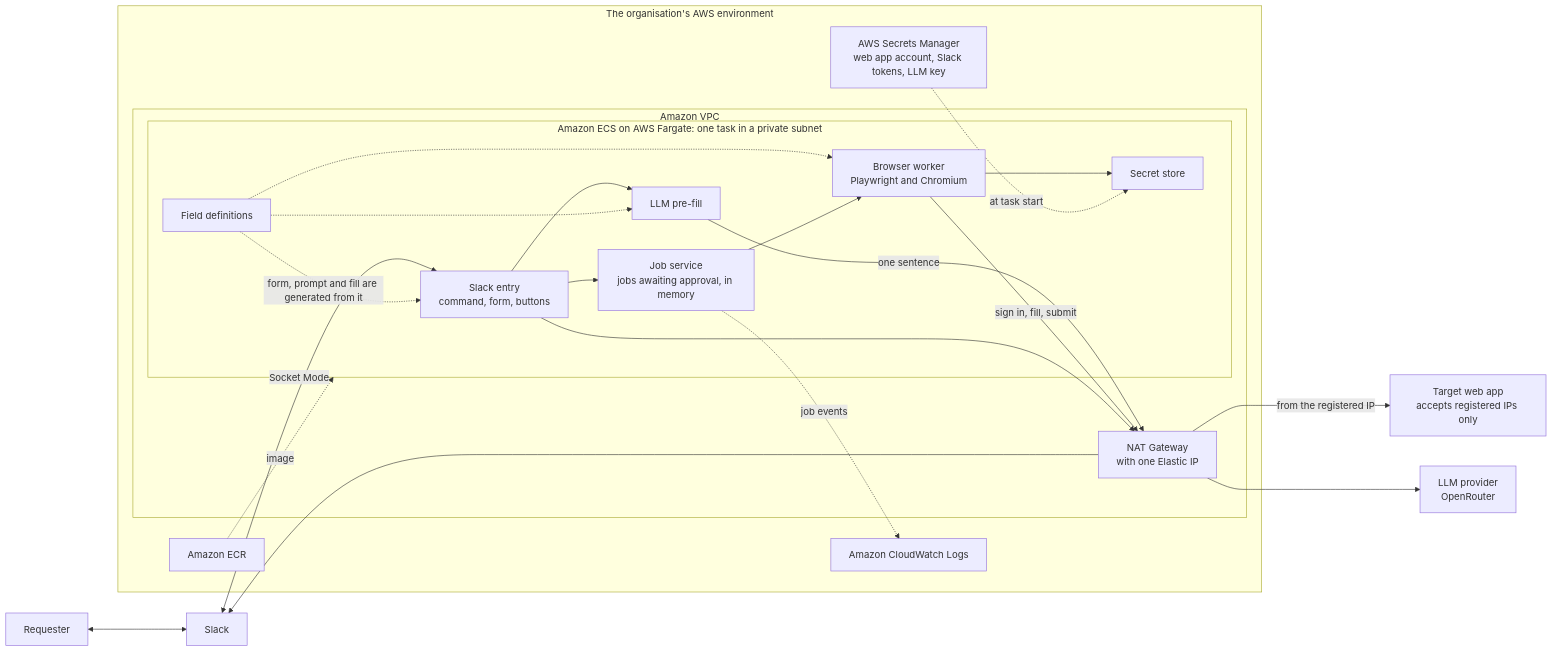
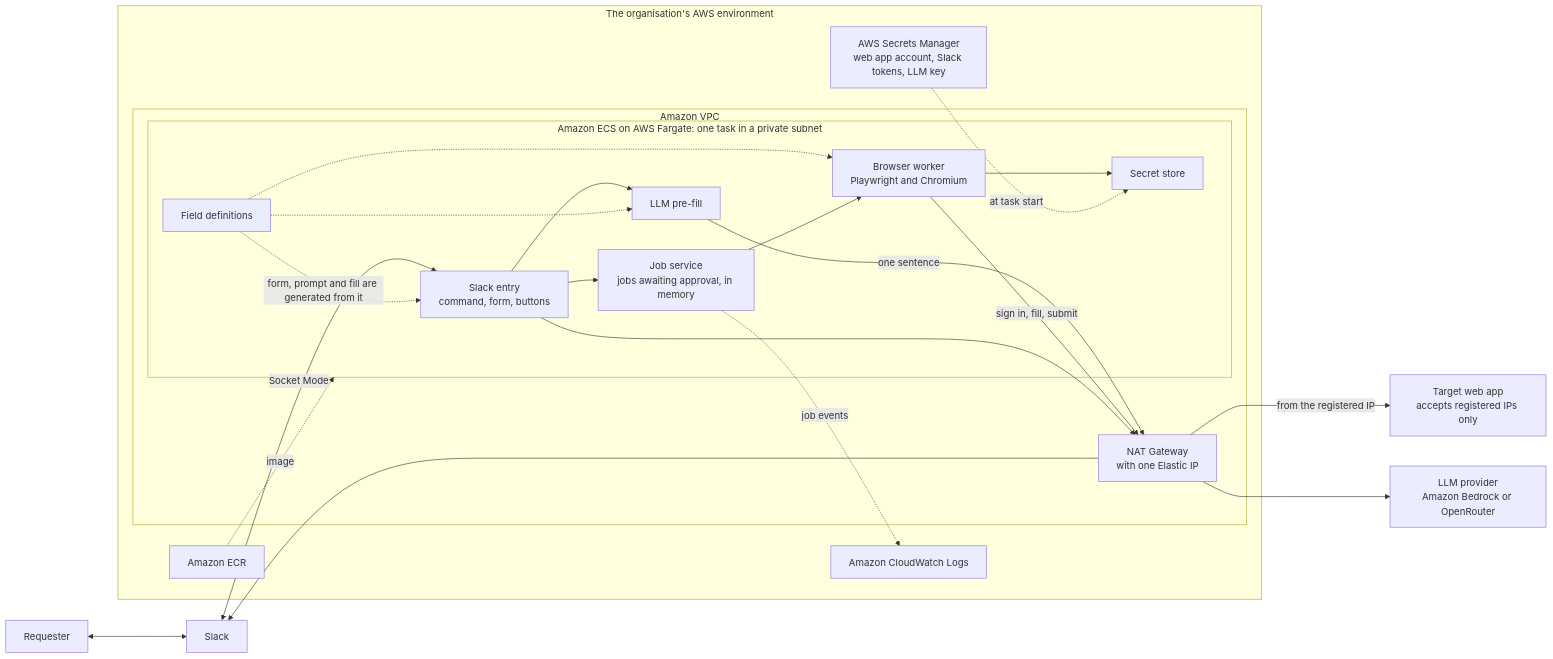
One commit to phuc-nt/slack-web-automation-poc changed the second of 5 diagrams in docs/poc/01-web-form-automation.md. Above: the diagram before and after it, drawn with Mermaid. The commit also changed other lines of this file and 30 other files, not shown here.

First line of the commit message:
Add Bedrock provider, AWS templates, and cost and prerequisites docs

````diff
--- a/docs/poc/01-web-form-automation.md
+++ b/docs/poc/01-web-form-automation.md
@@ -60,43 +61,43 @@
 ```mermaid
 flowchart LR
     U[Requester]
     SL[Slack]
-    OR[LLM provider<br/>OpenRouter]
+    OR[LLM provider<br/>Amazon Bedrock or OpenRouter]
     WA[Target web app<br/>accepts registered IPs only]
 
     subgraph AWS[The organisation's AWS environment]
         SM[AWS Secrets Manager<br/>web app account, Slack tokens, LLM key]
         CW[Amazon CloudWatch Logs]
         ECR[Amazon ECR]
         subgraph VPC[Amazon VPC]
             subgraph TASK[Amazon ECS on AWS Fargate: one task in a private subnet]
                 SE[Slack entry<br/>command, form, buttons]
                 FD[Field definitions]
                 PF[LLM pre-fill]
                 JS[Job service<br/>jobs awaiting approval, in memory]
                 BW[Browser worker<br/>Playwright and Chromium]
                 SS[Secret store]
             end
             NAT[NAT Gateway<br/>with one Elastic IP]
         end
     end
 
     U <--> SL
     SL <-->|Socket Mode| SE
     SE --> PF
     SE --> JS
     FD -.->|form, prompt and fill are generated from it| SE
     FD -.-> PF
     FD -.-> BW
     JS --> BW
     BW --> SS
     PF -->|one sentence| NAT
     BW -->|sign in, fill, submit| NAT
     SE --> NAT
     NAT -->|from the registered IP| WA
     NAT --> OR
     NAT --> SL
     SM -.->|at task start| SS
     ECR -.->|image| TASK
     JS -.->|job events| CW
 ```
````
